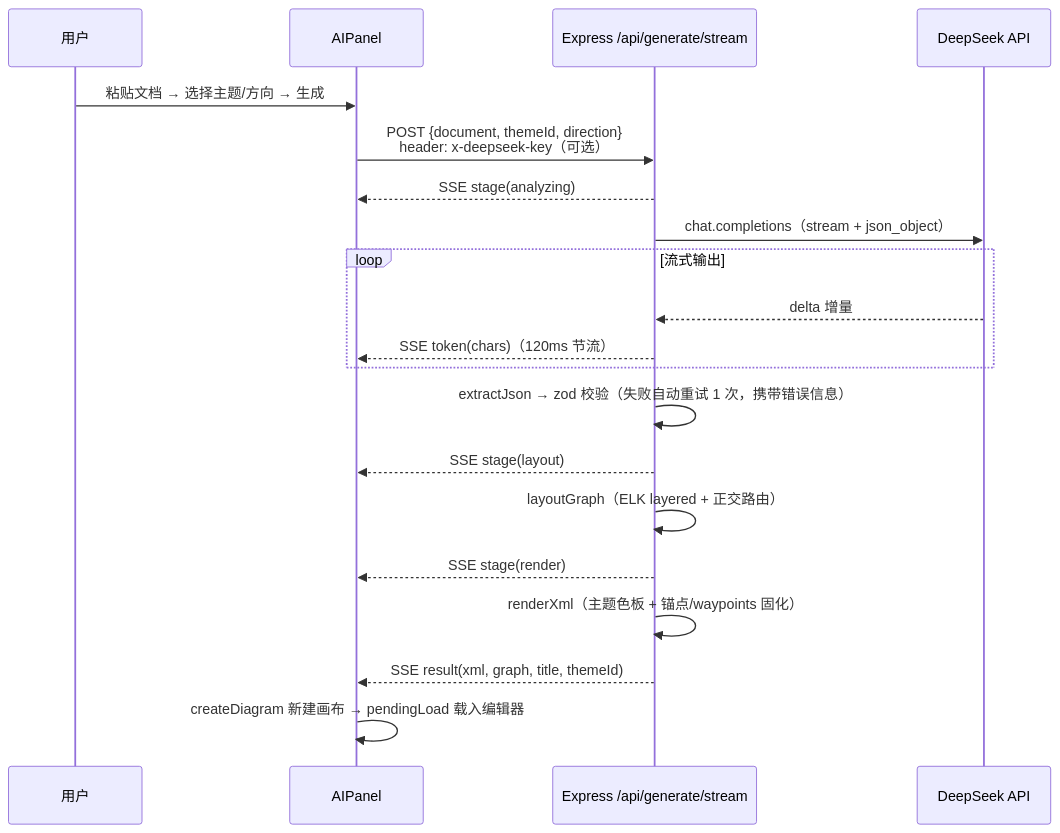
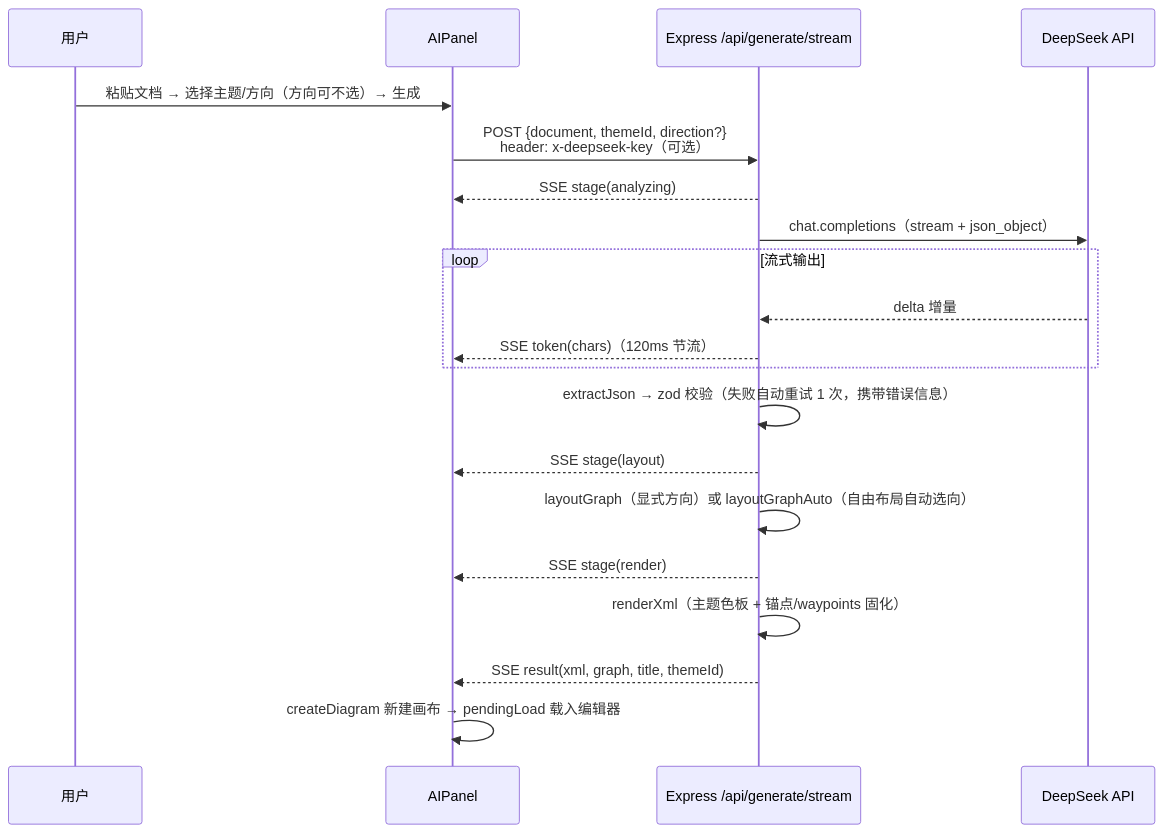
One commit to Cabbagesvictory/drawAI changed the second of 3 diagrams in docs/ARCHITECTURE.md. Above: the diagram before and after it, drawn with Mermaid. The commit also changed other lines of this file and 13 other files, not shown here.

````diff
--- a/docs/ARCHITECTURE.md
+++ b/docs/ARCHITECTURE.md
@@ -162,23 +162,23 @@
 ```mermaid
 sequenceDiagram
     participant U as 用户
     participant P as AIPanel
     participant S as Express /api/generate/stream
     participant L as DeepSeek API
 
-    U->>P: 粘贴文档 → 选择主题/方向 → 生成
-    P->>S: POST {document, themeId, direction}<br/>header: x-deepseek-key（可选）
+    U->>P: 粘贴文档 → 选择主题/方向（方向可不选）→ 生成
+    P->>S: POST {document, themeId, direction?}<br/>header: x-deepseek-key（可选）
     S-->>P: SSE stage(analyzing)
     S->>L: chat.completions（stream + json_object）
     loop 流式输出
         L-->>S: delta 增量
         S-->>P: SSE token(chars)（120ms 节流）
     end
     S->>S: extractJson → zod 校验（失败自动重试 1 次，携带错误信息）
     S-->>P: SSE stage(layout)
-    S->>S: layoutGraph（ELK layered + 正交路由）
+    S->>S: layoutGraph（显式方向）或 layoutGraphAuto（自由布局自动选向）
     S-->>P: SSE stage(render)
     S->>S: renderXml（主题色板 + 锚点/waypoints 固化）
     S-->>P: SSE result(xml, graph, title, themeId)
     P->>P: createDiagram 新建画布 → pendingLoad 载入编辑器
 ```
````
